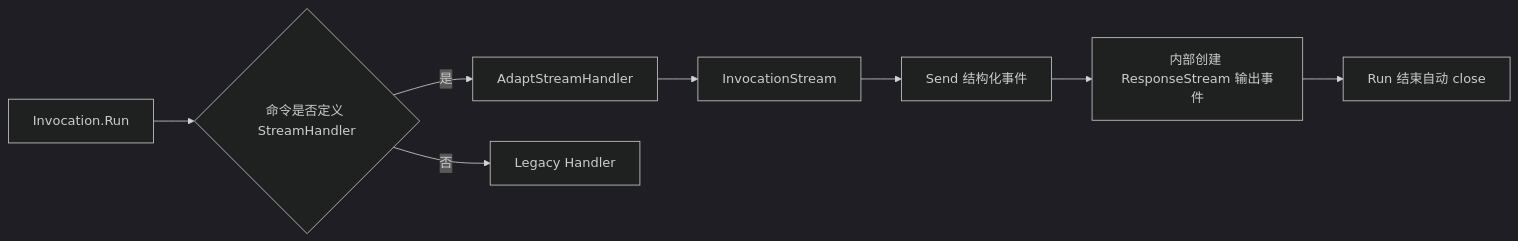
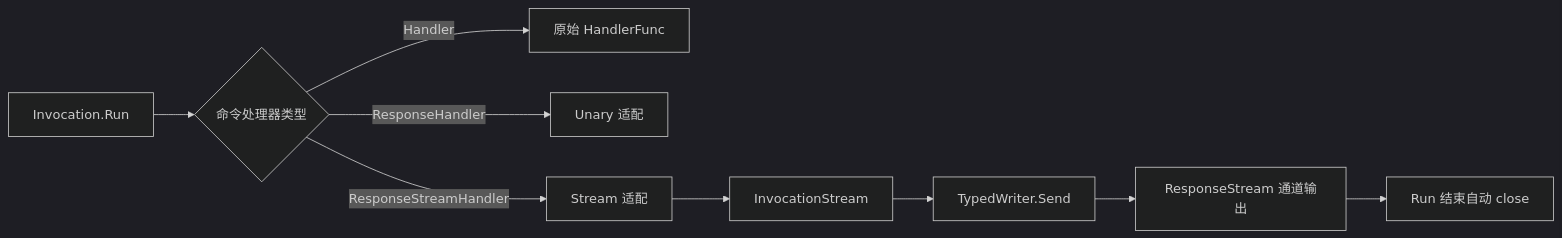
The ninth of 9 diagrams in docs/DESIGN.md (pubgo/redant), drawn with Mermaid (dark theme) before and after one commit. The commit also changed other lines of this file and 3 other files, not shown here.

````diff
--- a/docs/DESIGN.md
+++ b/docs/DESIGN.md
@@ -240,10 +240,11 @@
 ```mermaid
 flowchart LR
-    A[Invocation.Run] --> B{命令是否定义 StreamHandler}
-    B -- 是 --> C[AdaptStreamHandler]
-    B -- 否 --> D[Legacy Handler]
-    C --> E[InvocationStream]
-    E --> F[Send 结构化事件]
-    F --> G[内部创建 ResponseStream 输出事件]
-    G --> H[Run 结束自动 close]
+    A[Invocation.Run] --> B{命令处理器类型}
+    B -- Handler --> D[原始 HandlerFunc]
+    B -- ResponseHandler --> E[Unary 适配]
+    B -- ResponseStreamHandler --> C[Stream 适配]
+    C --> F[InvocationStream]
+    F --> G[TypedWriter.Send]
+    G --> H[ResponseStream 通道输出]
+    H --> I[Run 结束自动 close]
 ```
````
